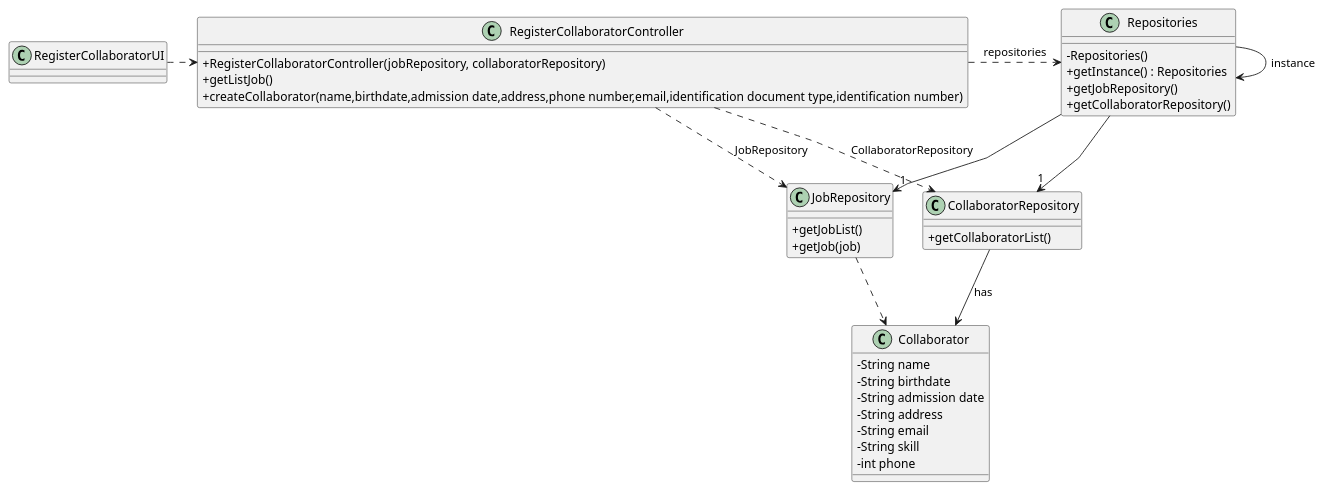
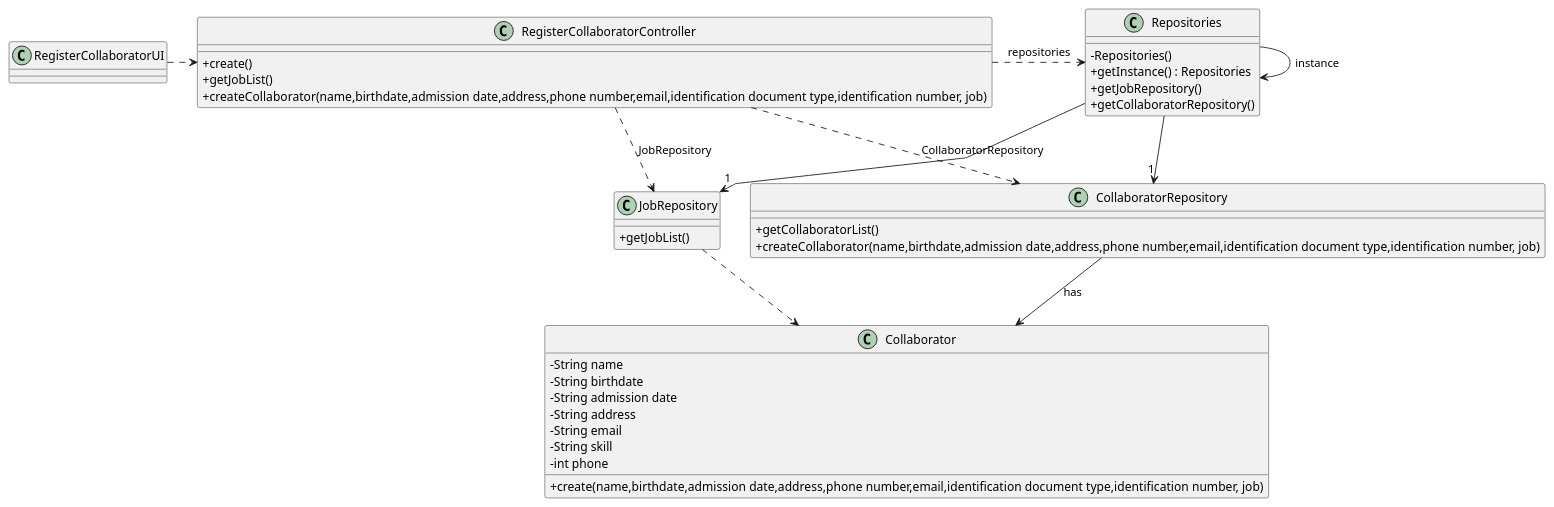
The diagram in docs/sprintB/us003/03.design/puml/us003-class-diagram.puml (Departamento-de-Engenharia-Informatica/lei-24-s2-1dkl-g134), drawn with PlantUML before and after one commit. The commit also changed 2 other files, not shown here.

```diff
--- a/docs/sprintB/us003/03.design/puml/us003-class-diagram.puml
+++ b/docs/sprintB/us003/03.design/puml/us003-class-diagram.puml
@@ -1,63 +1,65 @@
 @startuml
 'skinparam monochrome true
 skinparam packageStyle rectangle
 skinparam shadowing false
 skinparam linetype polyline
 'skinparam linetype orto
 
 skinparam classAttributeIconSize 0
 
 'left to right direction
 class RegisterCollaboratorUI {
 }
 
 class RegisterCollaboratorController {
-    + RegisterCollaboratorController(jobRepository, collaboratorRepository)
-    + getListJob()
-    + createCollaborator(name,birthdate,admission date,address,phone number,email,identification document type,identification number)
+    + create()
+    + getJobList()
+    + createCollaborator(name,birthdate,admission date,address,phone number,email,identification document type,identification number, job)
 
 }
 class Repositories {
     - Repositories()
     + getInstance() : Repositories
     + getJobRepository()
     + getCollaboratorRepository()
 }
 
 class JobRepository {
     + getJobList()
-    + getJob(job)
 }
 
 class CollaboratorRepository {
     + getCollaboratorList()
+    + createCollaborator(name,birthdate,admission date,address,phone number,email,identification document type,identification number, job)
 }
 
 class Collaborator{
 - String name
 - String birthdate
 - String admission date
 - String address
 - String email
 - String skill
 - int phone
+
++ create(name,birthdate,admission date,address,phone number,email,identification document type,identification number, job)
 }
 
 
 
 
 
 
 
 Repositories -> Repositories : instance
 RegisterCollaboratorUI .> RegisterCollaboratorController
 RegisterCollaboratorController .> Repositories : repositories
 Repositories -> "1" JobRepository
 RegisterCollaboratorController ..> CollaboratorRepository : CollaboratorRepository
 RegisterCollaboratorController ..> JobRepository : JobRepository
 JobRepository ..> Collaborator
 CollaboratorRepository -> Collaborator: has
 Repositories --> "1" CollaboratorRepository
 
 
 @enduml
```
